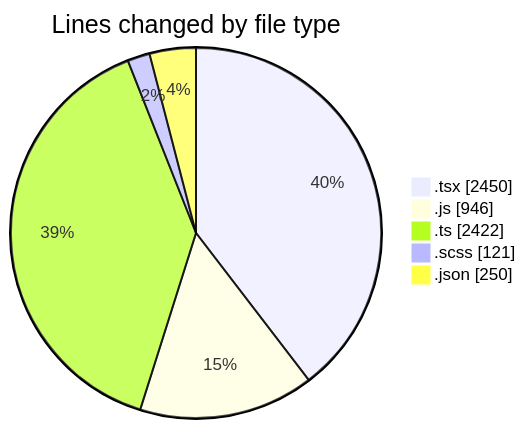
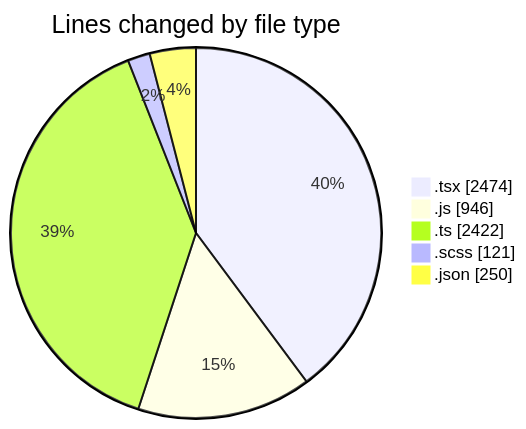
The first of 2 diagrams in 2026-07-20/cda/README.md (momahboobian/code-tracking), drawn with Mermaid before and after one commit. The commit also changed other lines of this file and 1 other file, not shown here.

````diff
--- a/2026-07-20/cda/README.md
+++ b/2026-07-20/cda/README.md
@@ -52,9 +52,9 @@
 ```mermaid
 pie showData
 title Lines changed by file type
-".tsx" : 2450
+".tsx" : 2474
 ".js" : 946
 ".ts" : 2422
 ".scss" : 121
 ".json" : 250
 ```
````
